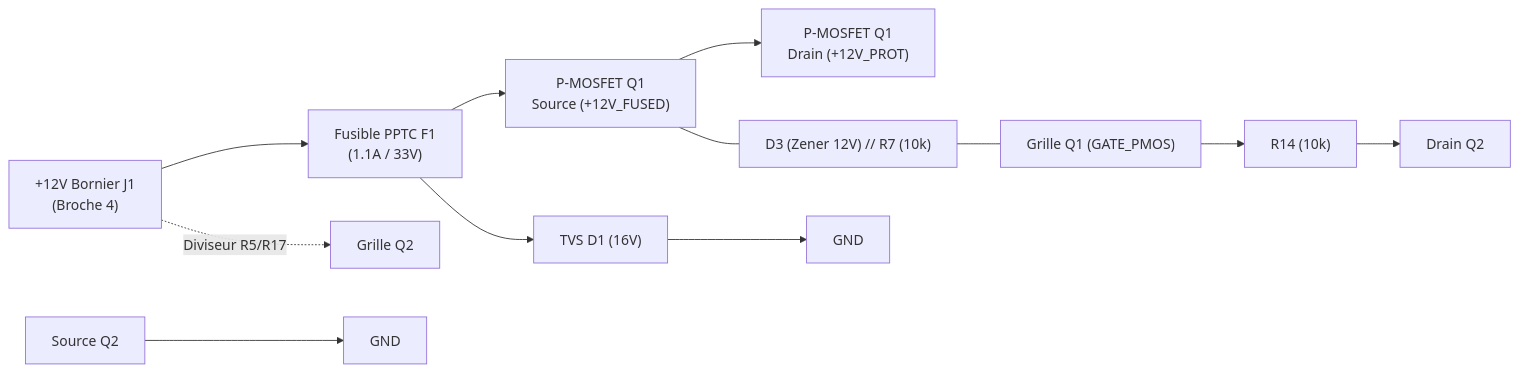
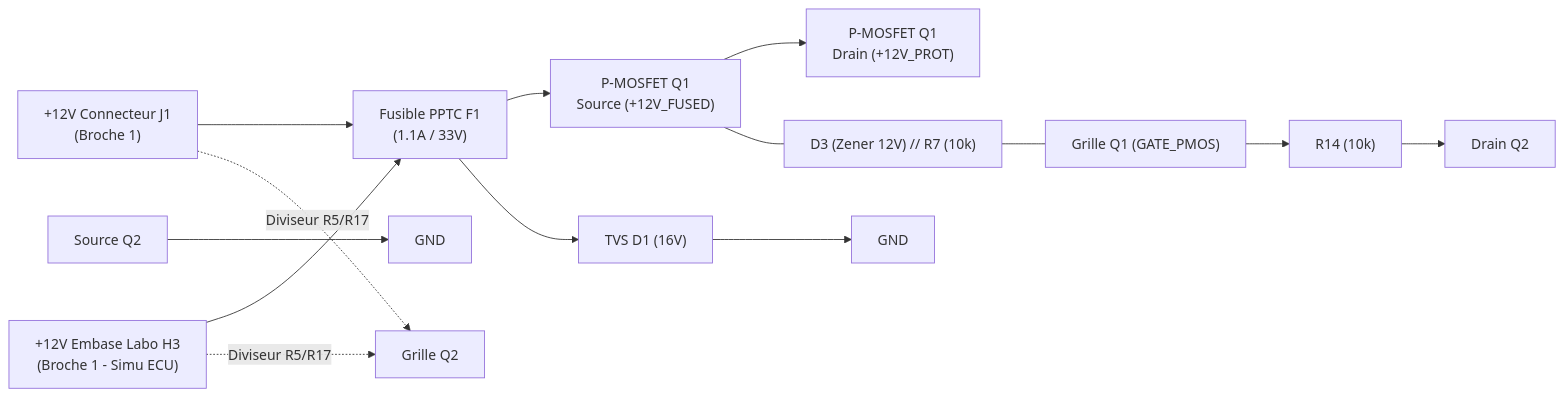
One commit to nitrogene/OBD2 changed the second of 13 diagrams in documents/hardware.md. Above: the diagram before and after it, drawn with Mermaid. The commit also changed other lines of this file and 19 other files, not shown here.

````diff
--- a/documents/hardware.md
+++ b/documents/hardware.md
@@ -95,22 +102,24 @@
 ```mermaid
 %%{init: {
   'themeVariables': {
     'fontFamily': 'Consolas, "Courier New", monospace',
     'fontSize': '12px'
   },
   'flowchart': {
     'curve': 'stepBefore',
     'nodeSpacing': 25,
     'rankSpacing': 30
   }
 }}%%
 flowchart LR
-    IN["+12V Bornier J1\n(Broche 4)"] --> F1["Fusible PPTC F1\n(1.1A / 33V)"]
+    IN1["+12V Connecteur J1\n(Broche 1)"] --> F1["Fusible PPTC F1\n(1.1A / 33V)"]
+    IN2["+12V Embase Labo H3\n(Broche 1 - Simu ECU)"] --> F1
     F1 --> Q1_S["P-MOSFET Q1\nSource (+12V_FUSED)"]
     Q1_S --> Q1_D["P-MOSFET Q1\nDrain (+12V_PROT)"]
     F1 --> D1["TVS D1 (16V)"] --> GND1["GND"]
     Q1_S --- D3_R7["D3 (Zener 12V) // R7 (10k)"] --- Q1_G["Grille Q1 (GATE_PMOS)"]
     Q1_G --> R14["R14 (10k)"] --> Q2_D["Drain Q2"]
     Q2_S["Source Q2"] --> GND2["GND"]
-    IN -.->|Diviseur R5/R17| Q2_G["Grille Q2"]
+    IN1 -.->|Diviseur R5/R17| Q2_G["Grille Q2"]
+    IN2 -.->|Diviseur R5/R17| Q2_G
 ```
````
